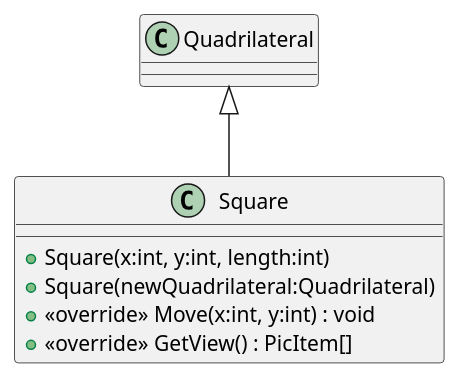
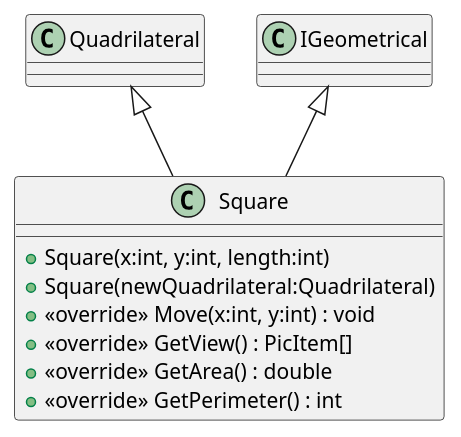
The diagram in plantuml/20240701_HW_Inheritence/Square.puml (19vano97/levelUpOOP), drawn with PlantUML before and after one commit. The commit also changed 30 other files, not shown here.

Commit message:
fix galaga to fraw a class diagram

```diff
--- a/plantuml/20240701_HW_Inheritence/Square.puml
+++ b/plantuml/20240701_HW_Inheritence/Square.puml
@@ -1,9 +1,12 @@
 @startuml
 class Square {
     + Square(x:int, y:int, length:int)
     + Square(newQuadrilateral:Quadrilateral)
     + <<override>> Move(x:int, y:int) : void
     + <<override>> GetView() : PicItem[]
+    + <<override>> GetArea() : double
+    + <<override>> GetPerimeter() : int
 }
 Quadrilateral <|-- Square
+IGeometrical <|-- Square
 @enduml
```
